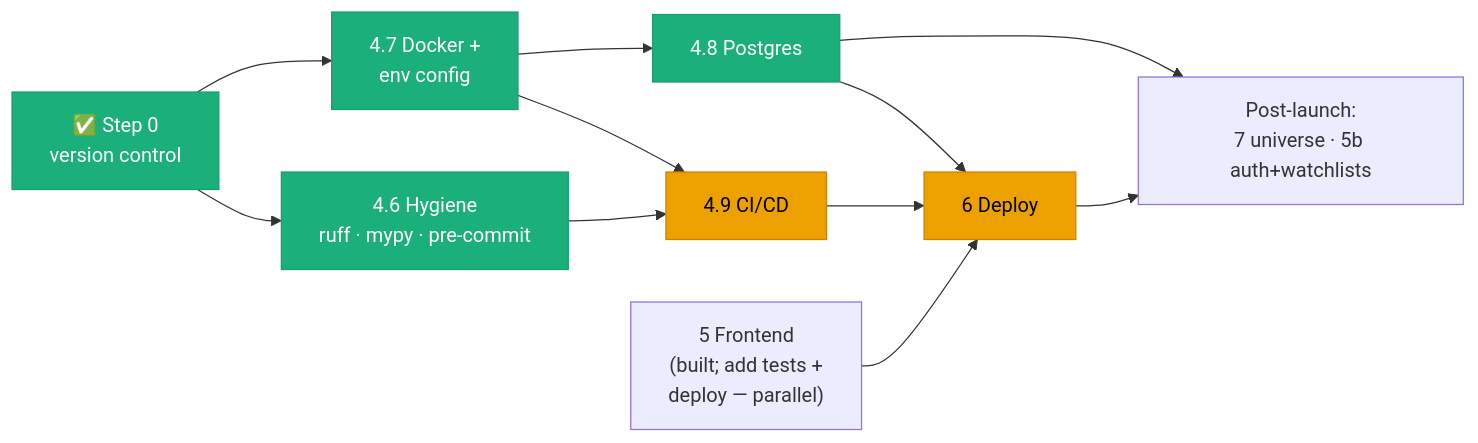
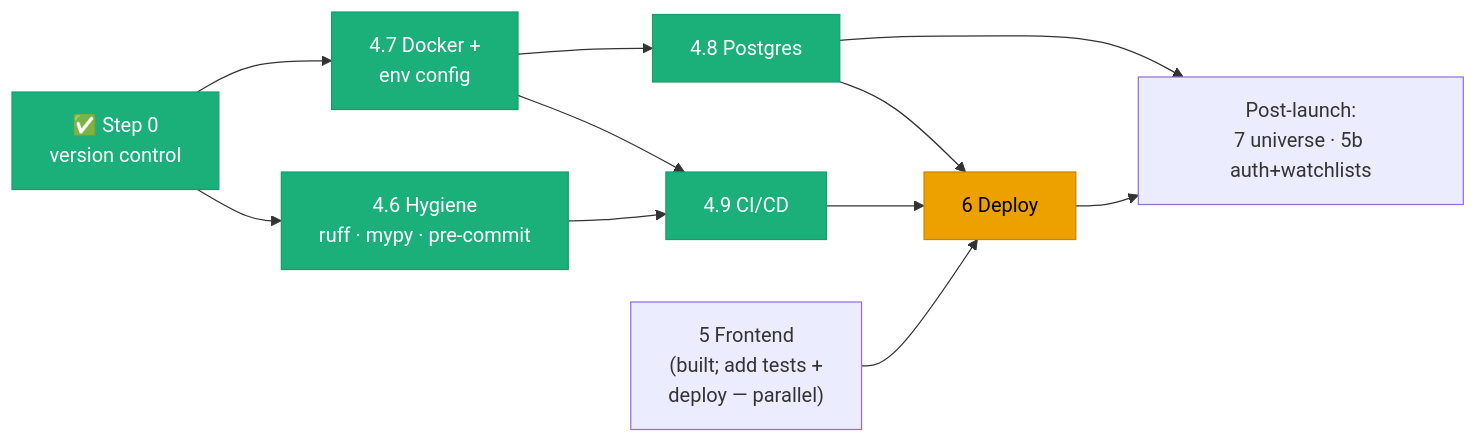
The diagram in docs/prod_roadmap/production-roadmap.md (ankitsree/stock_dependency_tracker), drawn with Mermaid before and after one commit. The commit also changed other lines of this file, not shown here.

````diff
--- a/docs/prod_roadmap/production-roadmap.md
+++ b/docs/prod_roadmap/production-roadmap.md
@@ -70,18 +70,18 @@
 ```mermaid
 flowchart LR
   S0["✅ Step 0<br/>version control"] --> H["4.6 Hygiene<br/>ruff · mypy · pre-commit"]
   S0 --> D["4.7 Docker +<br/>env config"]
   H --> CI["4.9 CI/CD"]
   D --> CI
   D --> DB["4.8 Postgres"]
   DB --> DEP["6 Deploy"]
   CI --> DEP
   FE["5 Frontend<br/>(built; add tests +<br/>deploy — parallel)"] --> DEP
   DEP --> POST["Post-launch:<br/>7 universe · 5b auth+watchlists"]
   DB --> POST
 
   classDef done fill:#1baf7a,stroke:#199e70,color:#fff;
   classDef partial fill:#eda100,stroke:#c98500,color:#000;
-  class S0,H,D,DB done;
-  class CI,DEP partial;
+  class S0,H,D,DB,CI done;
+  class DEP partial;
 ```
````
